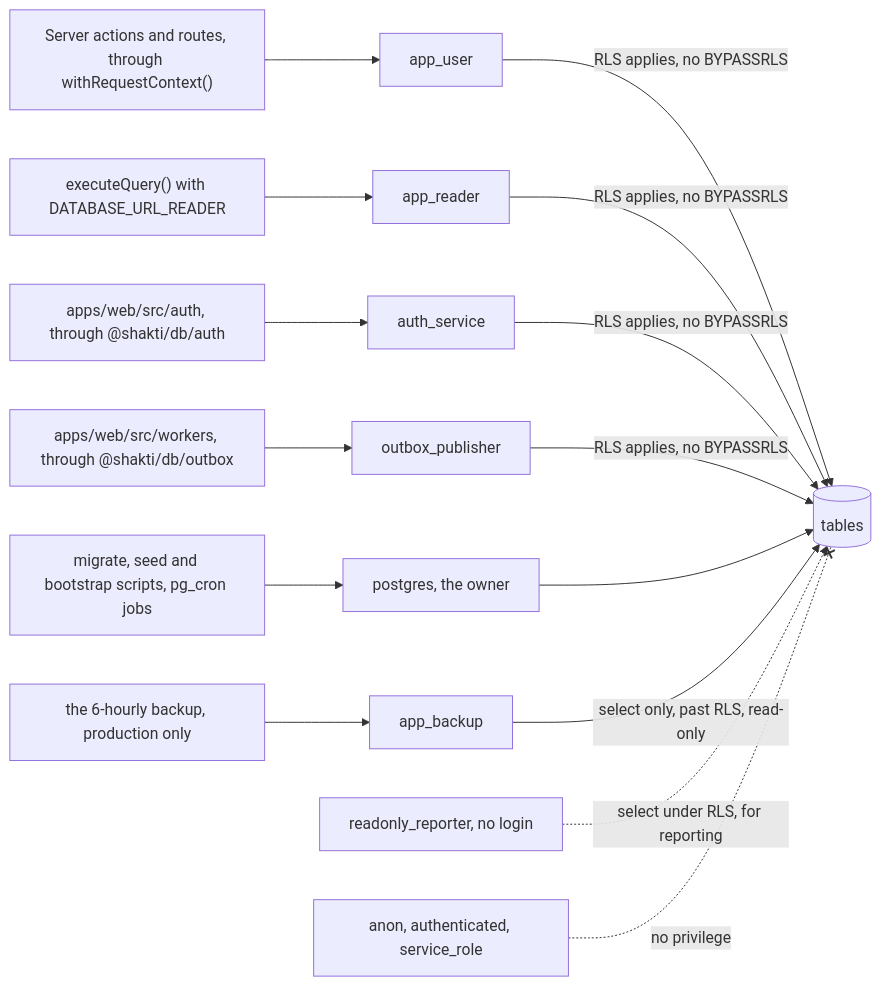
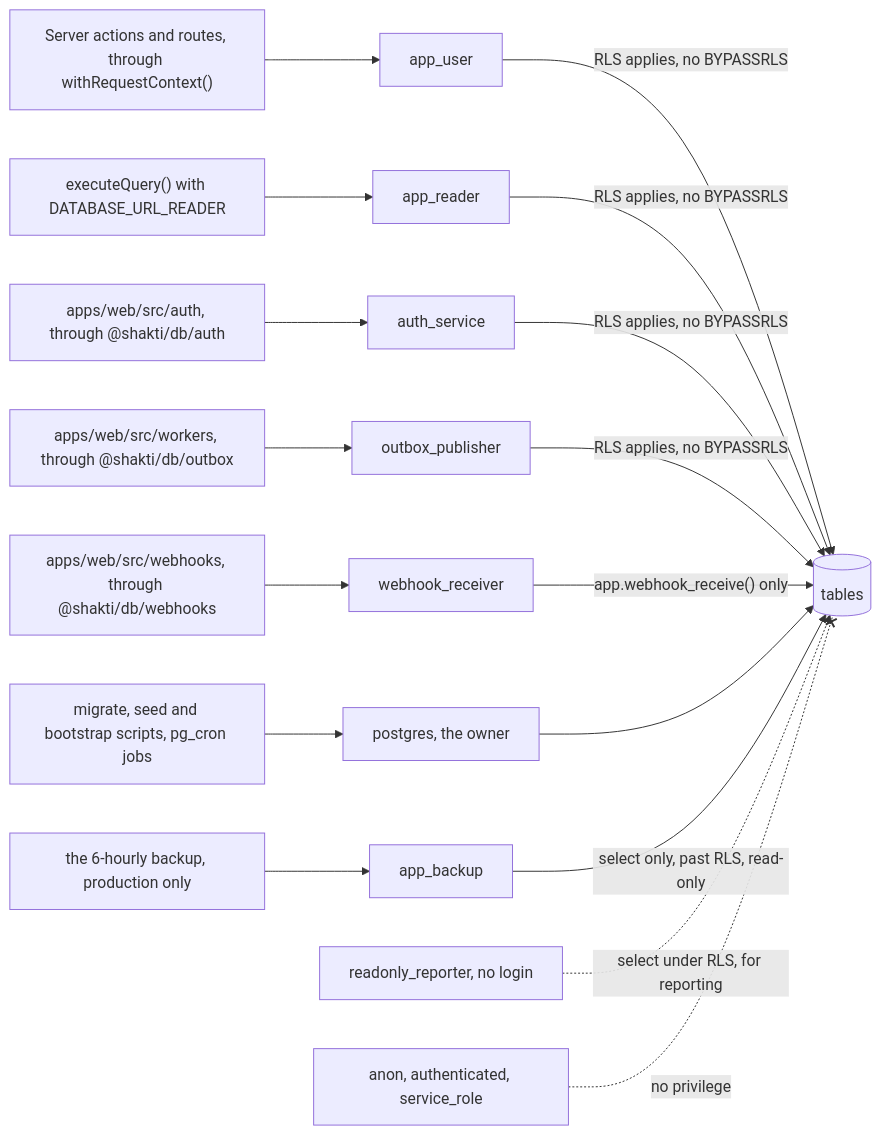
One commit to techaust/shakti_prime changed the first of 2 diagrams in docs/05-database.md. Above: the diagram before and after it, drawn with Mermaid. The commit also changed other lines of this file and 3 other files, not shown here.

````diff
--- a/docs/05-database.md
+++ b/docs/05-database.md
@@ -41,16 +41,18 @@
 ```mermaid
 flowchart LR
   WEB["Server actions and routes, through withRequestContext()"] --> AU[app_user]
   QRY["executeQuery() with DATABASE_URL_READER"] --> AR[app_reader]
   AUTH["apps/web/src/auth, through @shakti/db/auth"] --> AS[auth_service]
   WRK["apps/web/src/workers, through @shakti/db/outbox"] --> OP[outbox_publisher]
+  WHK["apps/web/src/webhooks, through @shakti/db/webhooks"] --> WR[webhook_receiver]
   SCR["migrate, seed and bootstrap scripts, pg_cron jobs"] --> OW["postgres, the owner"]
   BAK["the 6-hourly backup, production only"] --> AB[app_backup]
   RR["readonly_reporter, no login"]
   API["anon, authenticated, service_role"]
   AU & AR & AS & OP -->|RLS applies, no BYPASSRLS| T[("tables")]
+  WR -->|"app.webhook_receive() only"| T
   OW --> T
   AB -->|select only, past RLS, read-only| T
   RR -.->|select under RLS, for reporting| T
   API -.-x|no privilege| T
 ```
````
